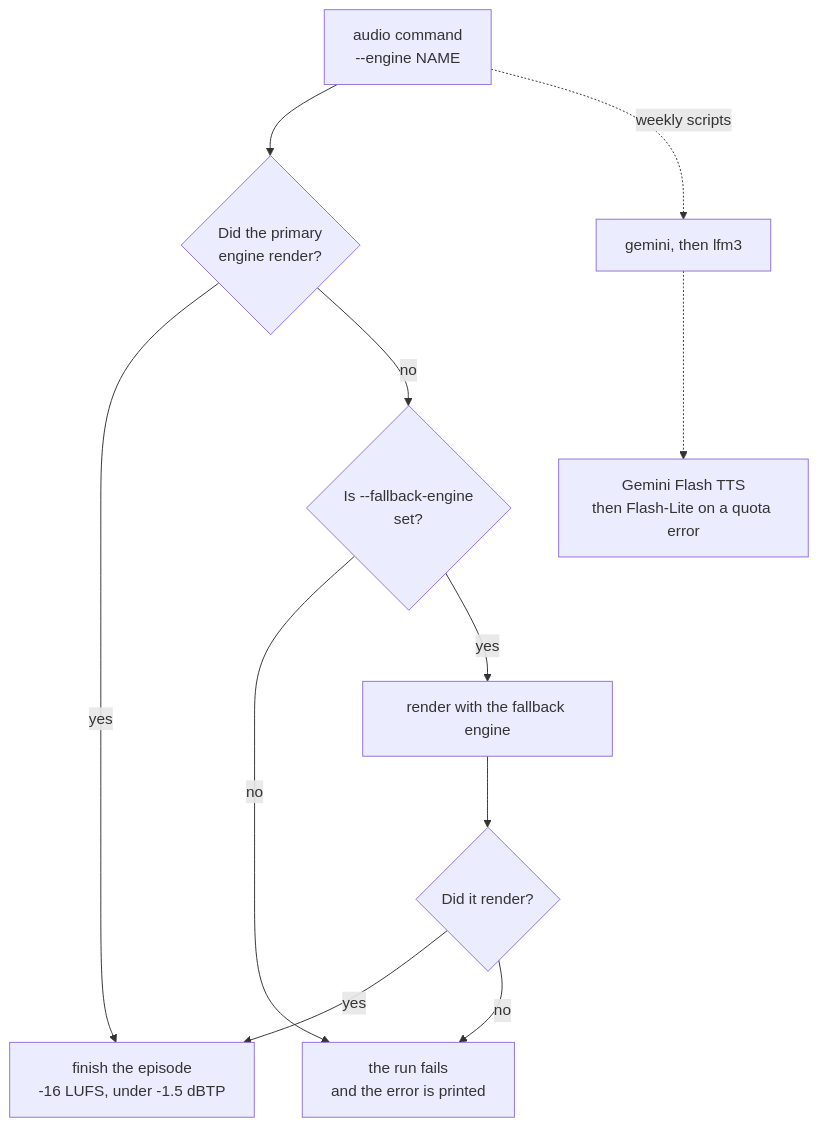
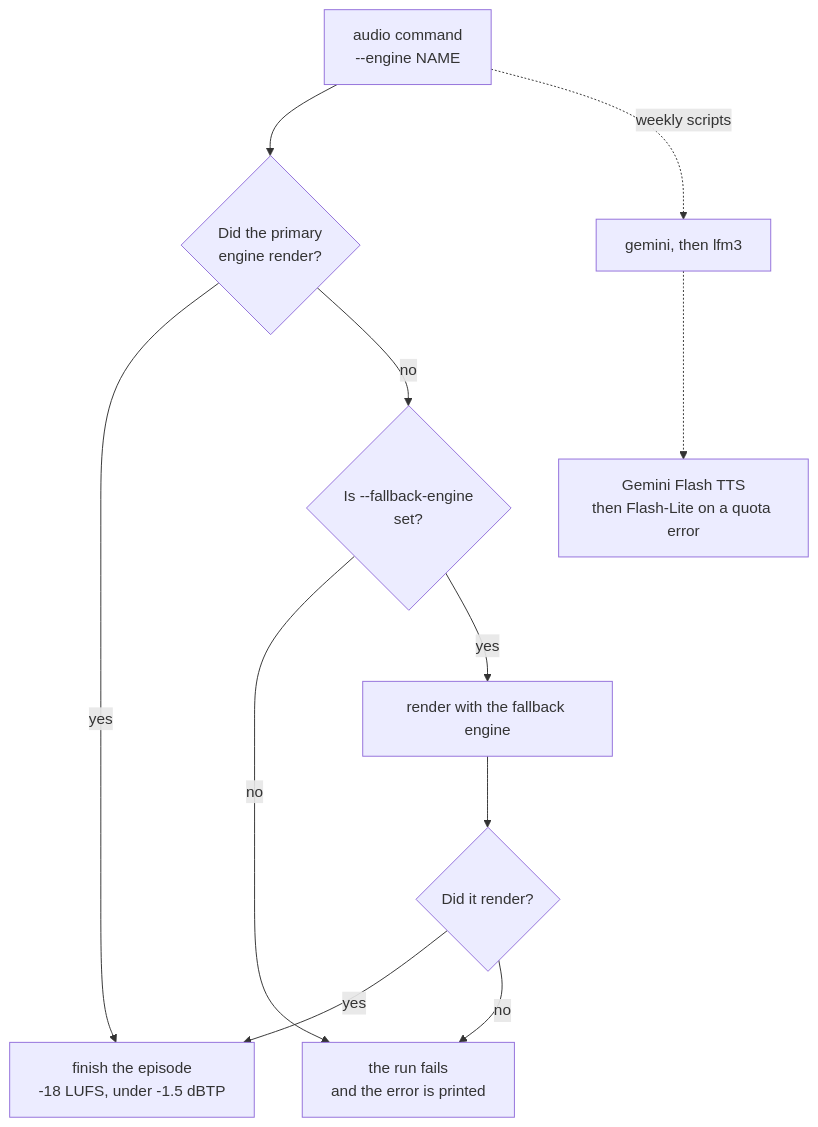
Before and after one commit to scottconverse/civiccast-brief: the fifth of 10 diagrams in docs/user-manual.md, drawn with Mermaid. The commit also changed 6 other files, not shown here.

````diff
--- a/docs/user-manual.md
+++ b/docs/user-manual.md
@@ -550,13 +550,13 @@
 ```mermaid
 flowchart TD
     A["audio command<br/>--engine NAME"] --> B{"Did the primary<br/>engine render?"}
-    B -->|yes| H["finish the episode<br/>-16 LUFS, under -1.5 dBTP"]
+    B -->|yes| H["finish the episode<br/>-18 LUFS, under -1.5 dBTP"]
     B -->|no| C{"Is --fallback-engine<br/>set?"}
     C -->|no| X["the run fails<br/>and the error is printed"]
     C -->|yes| D["render with the fallback engine"]
     D --> E{"Did it render?"}
     E -->|yes| H
     E -->|no| X
     A -.->|weekly scripts| G["gemini, then lfm3"]
     G -.-> F["Gemini Flash TTS<br/>then Flash-Lite on a quota error"]
 ```
````
